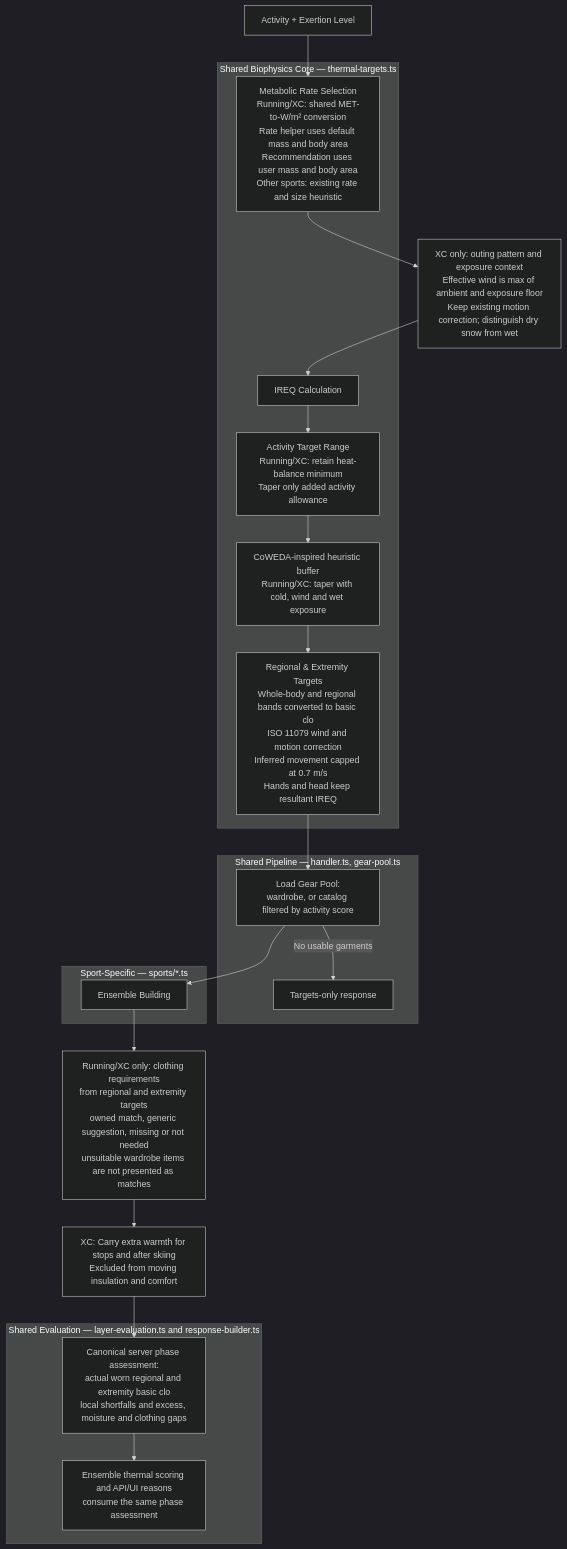
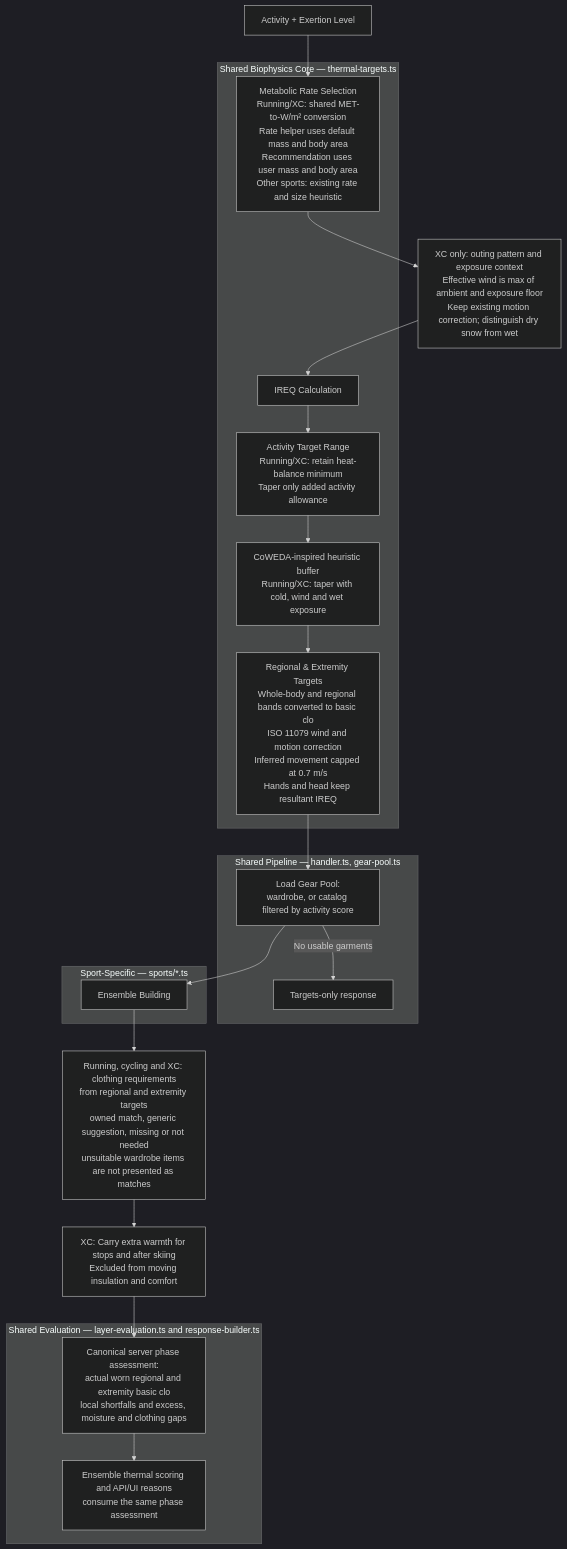
The first of 7 diagrams in README.md (derobertsw/swttr), drawn with Mermaid (dark theme) before and after one commit. The commit also changed other lines of this file and 12 other files, not shown here.

````diff
--- a/README.md
+++ b/README.md
@@ -50,38 +50,38 @@
 ```mermaid
 graph TD
     A[Activity + Exertion Level] --> B[Metabolic Rate Selection<br/>Running/XC: shared MET-to-W/m² conversion<br/>Rate helper uses default mass and body area<br/>Recommendation uses user mass and body area<br/>Other sports: existing rate and size heuristic]
     B --> XCP[XC only: outing pattern and exposure context<br/>Effective wind is max of ambient and exposure floor<br/>Keep existing motion correction; distinguish dry snow from wet]
     XCP --> C[IREQ Calculation]
     C --> D[Activity Target Range<br/>Running/XC: retain heat-balance minimum<br/>Taper only added activity allowance]
     D --> E[CoWEDA-inspired heuristic buffer<br/>Running/XC: taper with cold, wind and wet exposure]
     E --> F[Regional & Extremity Targets<br/>Whole-body and regional bands converted to basic clo<br/>ISO 11079 wind and motion correction<br/>Inferred movement capped at 0.7 m/s<br/>Hands and head keep resultant IREQ]
     F --> P[Load Gear Pool:<br/>wardrobe, or catalog filtered by activity score]
     P -->|No usable garments| T[Targets-only response]
     P --> G[Ensemble Building]
-    G --> R[Running/XC only: clothing requirements<br/>from regional and extremity targets<br/>owned match, generic suggestion, missing or not needed<br/>unsuitable wardrobe items are not presented as matches]
+    G --> R[Running, cycling and XC: clothing requirements<br/>from regional and extremity targets<br/>owned match, generic suggestion, missing or not needed<br/>unsuitable wardrobe items are not presented as matches]
     R --> XCCARRY[XC: Carry extra warmth for stops and after skiing<br/>Excluded from moving insulation and comfort]
     XCCARRY --> I[Canonical server phase assessment:<br/>actual worn regional and extremity basic clo<br/>local shortfalls and excess, moisture and clothing gaps]
     I --> H[Ensemble thermal scoring and API/UI reasons<br/>consume the same phase assessment]
 
     subgraph "Shared Biophysics Core — thermal-targets.ts"
         B
         C
         D
         E
         F
     end
 
     subgraph "Shared Pipeline — handler.ts, gear-pool.ts"
         P
         T
     end
 
     subgraph "Sport-Specific — sports/*.ts"
         G
     end
 
     subgraph "Shared Evaluation — layer-evaluation.ts and response-builder.ts"
         H
         I
     end
 ```
````
